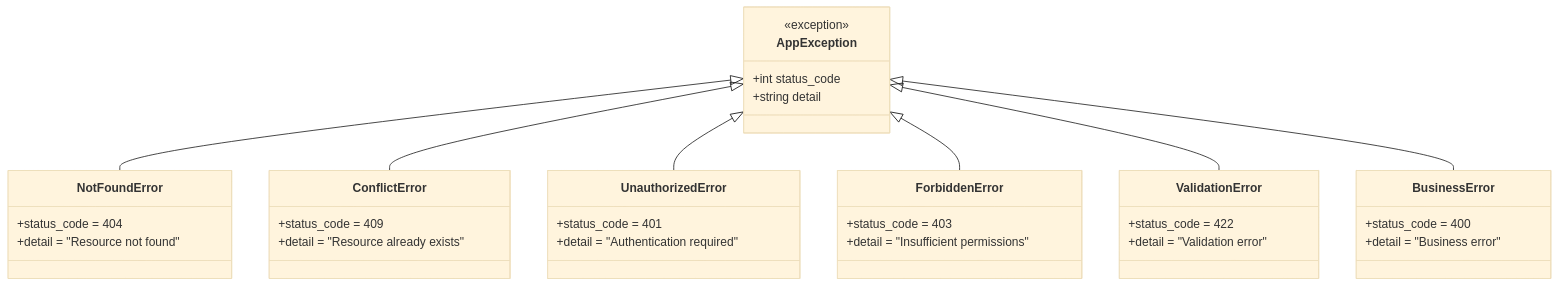
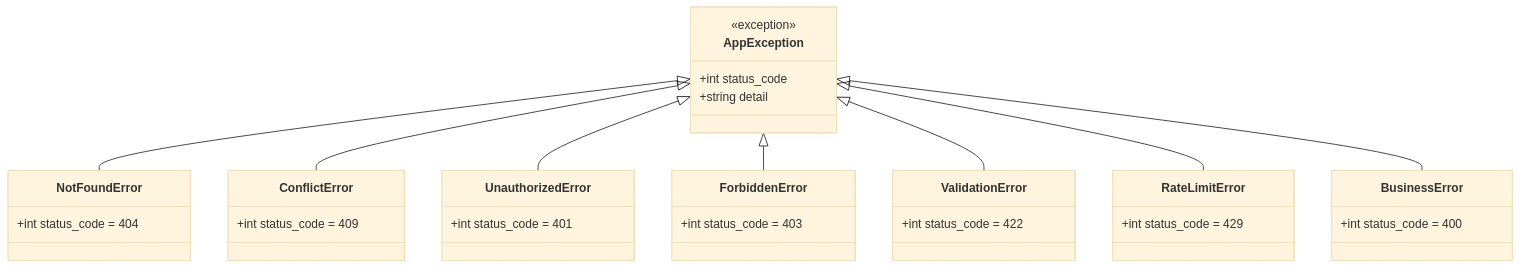
One commit to taoweidong/Hello-FastApi changed the third of 9 diagrams in .qoder/repowiki/zh/content/Api Response Standards.md. Above: the diagram before and after it, drawn with Mermaid (base theme). The commit also changed other lines of this file and 11 other files, not shown here.

````diff
--- a/.qoder/repowiki/zh/content/Api Response Standards.md
+++ b/.qoder/repowiki/zh/content/Api Response Standards.md
@@ -144,38 +142,36 @@
 ```mermaid
 classDiagram
 class AppException {
 <<exception>>
 +int status_code
 +string detail
 }
 class NotFoundError {
-+status_code = 404
-+detail = "Resource not found"
++int status_code = 404
 }
 class ConflictError {
-+status_code = 409
-+detail = "Resource already exists"
++int status_code = 409
 }
 class UnauthorizedError {
-+status_code = 401
-+detail = "Authentication required"
++int status_code = 401
 }
 class ForbiddenError {
-+status_code = 403
-+detail = "Insufficient permissions"
++int status_code = 403
 }
 class ValidationError {
-+status_code = 422
-+detail = "Validation error"
++int status_code = 422
+}
+class RateLimitError {
++int status_code = 429
 }
 class BusinessError {
-+status_code = 400
-+detail = "Business error"
++int status_code = 400
 }
 AppException <|-- NotFoundError
 AppException <|-- ConflictError
 AppException <|-- UnauthorizedError
 AppException <|-- ForbiddenError
 AppException <|-- ValidationError
+AppException <|-- RateLimitError
 AppException <|-- BusinessError
 ```
````
